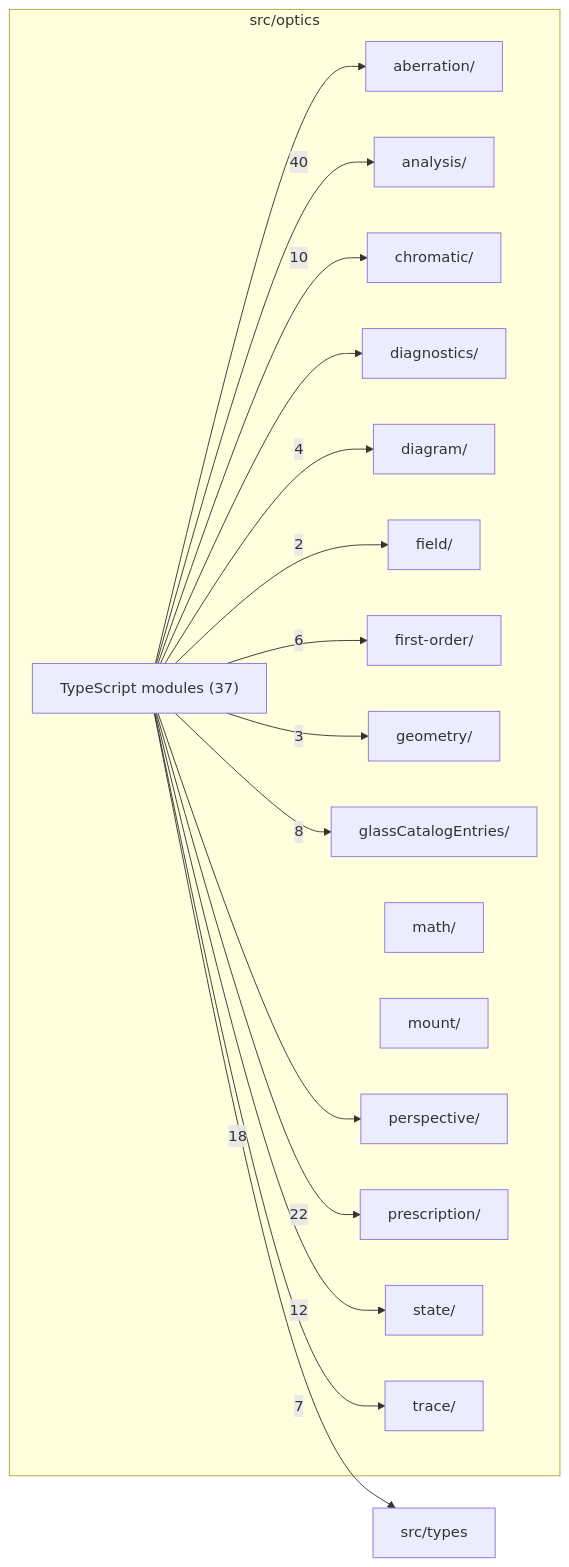
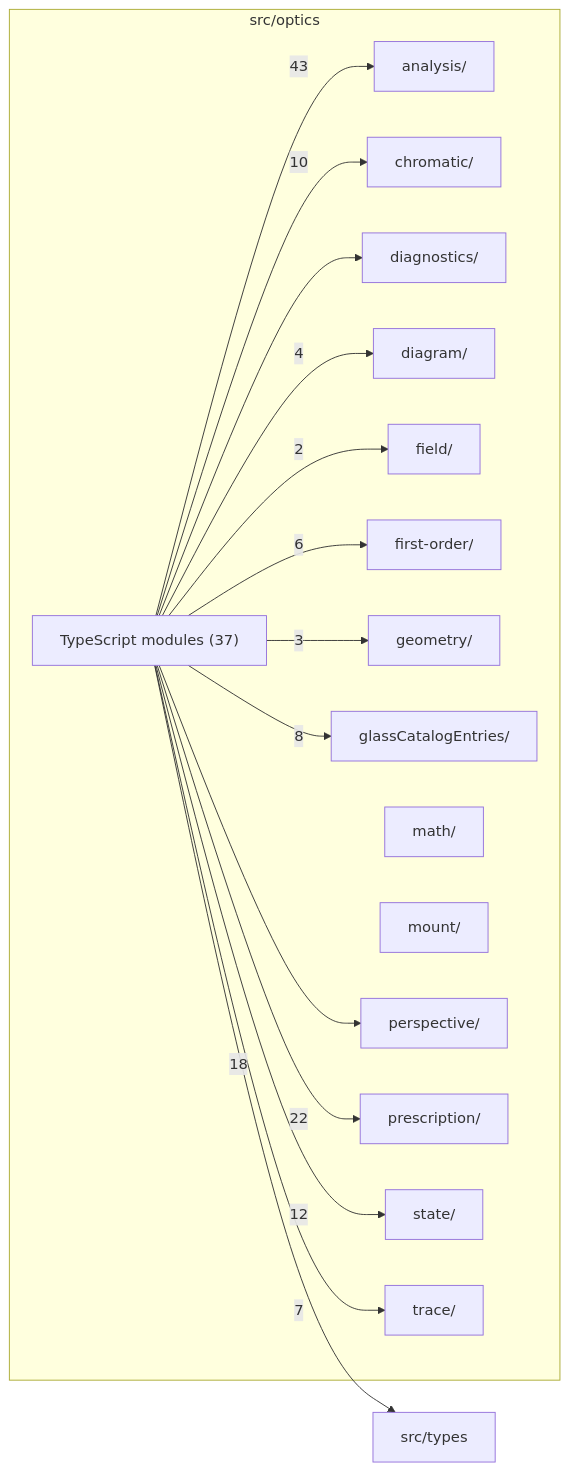
The diagram in src/optics/readme.md (ronbuening/LensVisualizer), drawn with Mermaid before and after one commit. The commit also changed other lines of this file and 32 other files, not shown here.

````diff
--- a/src/optics/readme.md
+++ b/src/optics/readme.md
@@ -9,36 +9,34 @@
 ```mermaid
 flowchart LR
   subgraph n_src_optics["src/optics"]
-    n_src_optics_src_optics_aberration["aberration/"]
     n_src_optics_src_optics_analysis["analysis/"]
     n_src_optics_src_optics_chromatic["chromatic/"]
     n_src_optics_src_optics_diagnostics["diagnostics/"]
     n_src_optics_src_optics_diagram["diagram/"]
     n_src_optics_src_optics_field["field/"]
     n_src_optics_src_optics_first_order["first-order/"]
     n_src_optics_src_optics_geometry["geometry/"]
     n_src_optics_src_optics_glassCatalogEntries["glassCatalogEntries/"]
     n_src_optics_src_optics_math["math/"]
     n_src_optics_src_optics_mount["mount/"]
     n_src_optics_src_optics_perspective["perspective/"]
     n_src_optics_src_optics_prescription["prescription/"]
     n_src_optics_src_optics_state["state/"]
     n_src_optics_src_optics_trace["trace/"]
     n_src_optics_TypeScript_modules["TypeScript modules (37)"]
   end
   n_external_src_types["src/types"]
-  n_src_optics_TypeScript_modules --> |40| n_src_optics_src_optics_analysis
+  n_src_optics_TypeScript_modules --> |43| n_src_optics_src_optics_analysis
   n_src_optics_TypeScript_modules --> |22| n_src_optics_src_optics_prescription
   n_src_optics_TypeScript_modules --> |18| n_external_src_types
   n_src_optics_TypeScript_modules --> |12| n_src_optics_src_optics_state
   n_src_optics_TypeScript_modules --> |10| n_src_optics_src_optics_chromatic
   n_src_optics_TypeScript_modules --> |8| n_src_optics_src_optics_glassCatalogEntries
   n_src_optics_TypeScript_modules --> |7| n_src_optics_src_optics_trace
   n_src_optics_TypeScript_modules --> |6| n_src_optics_src_optics_first_order
   n_src_optics_TypeScript_modules --> |4| n_src_optics_src_optics_diagram
   n_src_optics_TypeScript_modules --> |3| n_src_optics_src_optics_geometry
   n_src_optics_TypeScript_modules --> |2| n_src_optics_src_optics_field
-  n_src_optics_TypeScript_modules --> n_src_optics_src_optics_aberration
   n_src_optics_TypeScript_modules --> n_src_optics_src_optics_diagnostics
   n_src_optics_TypeScript_modules --> n_src_optics_src_optics_perspective
 ```
````
